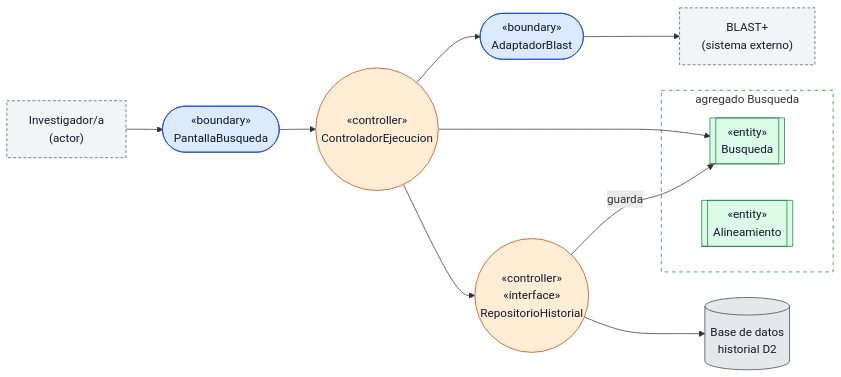
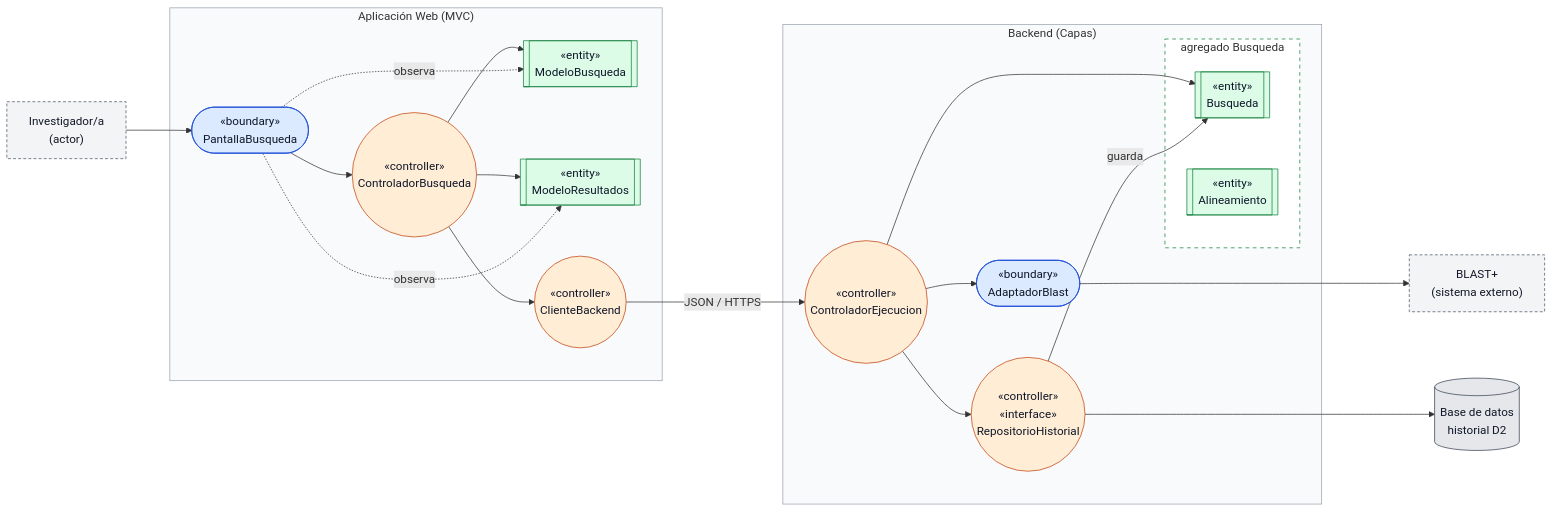
One commit to agwursten/Secondary-Repo-GUI-Blast changed the third of 6 diagrams in docs/design/diseno-detallado.md. Above: the diagram before and after it, drawn with Mermaid. The commit also changed other lines of this file and 1 other file, not shown here.

````diff
--- a/docs/design/diseno-detallado.md
+++ b/docs/design/diseno-detallado.md
@@ -221,39 +221,54 @@
 ```mermaid
+%%{init: {"flowchart": {"nodeSpacing": 70, "rankSpacing": 60}}}%%
 flowchart LR
     inv["Investigador/a<br/>(actor)"]
-    blast["BLAST+<br/>(sistema externo)"]
-    db[("Base de datos<br/>historial D2")]
 
-    ui(["«boundary»<br/>PantallaBusqueda"])
-
-    ce(("«controller»<br/>ControladorEjecucion"))
-    rh(("«controller»<br/>«interface»<br/>RepositorioHistorial"))
-
-    subgraph agg["agregado Busqueda"]
-        bu[["«entity»<br/>Busqueda"]]
-        al[["«entity»<br/>Alineamiento"]]
+    subgraph web["Aplicación Web (MVC)"]
+        ui(["«boundary»<br/>PantallaBusqueda"])
+        cb(("«controller»<br/>ControladorBusqueda"))
+        mb[["«entity»<br/>ModeloBusqueda"]]
+        mr[["«entity»<br/>ModeloResultados"]]
+        cl(("«controller»<br/>ClienteBackend"))
     end
 
-    ab(["«boundary»<br/>AdaptadorBlast"])
+    subgraph be["Backend (Capas)"]
+        ce(("«controller»<br/>ControladorEjecucion"))
+        ab(["«boundary»<br/>AdaptadorBlast"])
+        rh(("«controller»<br/>«interface»<br/>RepositorioHistorial"))
+        subgraph agg["agregado Busqueda"]
+            bu[["«entity»<br/>Busqueda"]]
+            al[["«entity»<br/>Alineamiento"]]
+        end
+    end
+    db[("Base de datos<br/>historial D2")]
+    blast["BLAST+<br/>(sistema externo)"]
 
     inv --> ui
-    ui --> ce
+    ui --> cb
+    cb --> mb
+    cb --> mr
+    cb --> cl
+    cl -->|JSON / HTTPS| ce
+    ce --> bu
     ce --> ab
-    ab --> blast
-    ce --> bu
+    ab ----> blast
     ce --> rh
     rh -->|guarda| bu
-    rh --> db
+    rh ----> db
+    ui -.->|observa| mb
+    ui -.->|observa| mr
 
     classDef actor fill:#f3f4f6,stroke:#4b5563,color:#111827,stroke-dasharray: 4 3
     classDef boundary fill:#dbeafe,stroke:#1d4ed8,color:#0f172a
     classDef controller fill:#ffedd5,stroke:#c2410c,color:#0f172a
     classDef entity fill:#dcfce7,stroke:#15803d,color:#0f172a
     classDef store fill:#e5e7eb,stroke:#374151,color:#111827
     class inv,blast actor
+    class ui,ab boundary
+    class cb,cl,ce,rh controller
+    class mb,mr,bu,al entity
     class db store
-    class ui,ab boundary
-    class ce,rh controller
-    class bu,al entity
+    style web fill:#f9fafb,stroke:#9ca3af
+    style be fill:#f9fafb,stroke:#9ca3af
     style agg fill:#ffffff,stroke:#15803d,stroke-dasharray: 5 5
 ```
````
